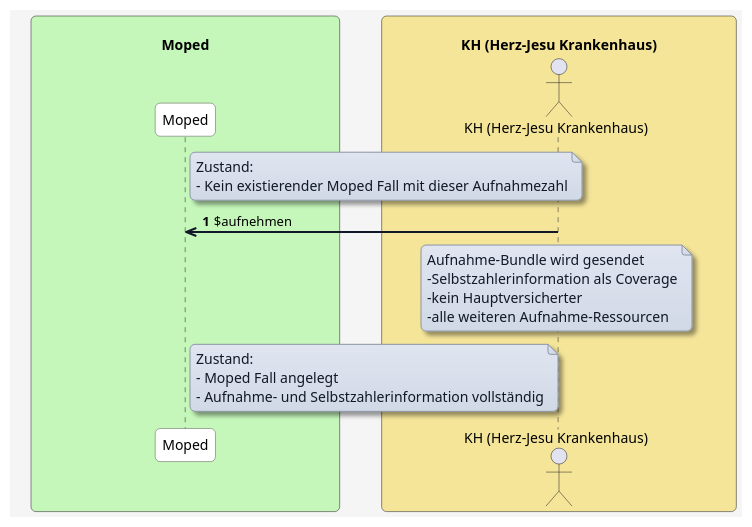
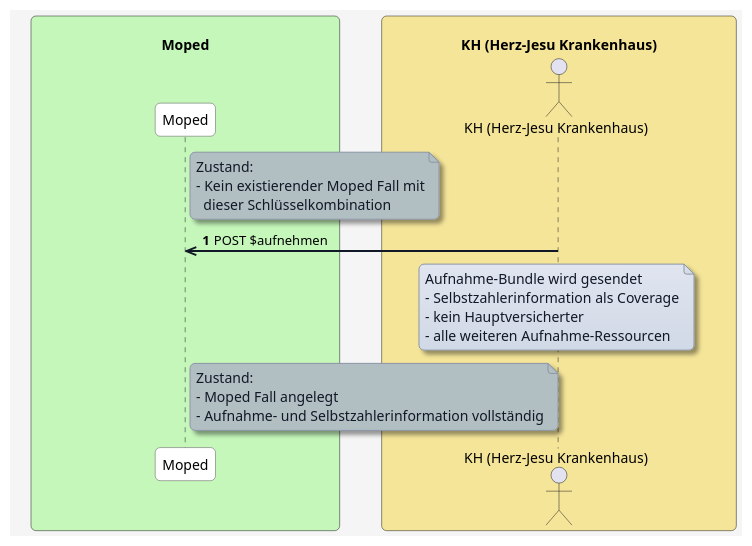
One commit to HL7Austria/ELGA-MOPED-R5 changed the diagram in input/images-source/aufnehmen-selbstzahler.plantuml. Above: the diagram before and after it, drawn with PlantUML. The commit also changed 9 other files, not shown here.

```diff
--- a/input/images-source/aufnehmen-selbstzahler.plantuml
+++ b/input/images-source/aufnehmen-selbstzahler.plantuml
@@ -1,68 +1,74 @@
 @startuml
 skinparam borderColor #000000
 skinparam backgroundColor #f5f5f5
 skinparam shadowing false
 skinparam roundCorner 10
 skinparam defaultFontName "Arial"
 skinparam defaultFontSize 14
 skinparam defaultFontColor #000000
 
 skinparam note {
   BackgroundColor #e0e5f0-#d1d9e6
   BorderColor #8b95a5
   BorderThickness 1
   RoundCorner 8
   Padding 6
   FontColor #111827
   Shadowing true
 }
 
 skinparam HyperlinkColor #0000EE
 skinparam HyperlinkUnderline false
 
 skinparam sequence {
   ParticipantBorderColor #555555
   ParticipantBackgroundColor #ffffff
   ParticipantFontColor #000000
   ParticipantFontSize 14
   ParticipantPadding 20
   ArrowColor #111827
   ArrowThickness 2
   ArrowFontColor #000000
   ArrowFontSize 13
   GroupBorderColor #111827
   GroupBackgroundColor #f3f4f6
   GroupBorderThickness 1
 }
 
 skinparam BoxPadding 20
 skinparam BoxBorderColor #555555
 
 box "\n                                   Moped                                   " #c5f7ba
   participant MP as "Moped"
 end box
 
 box "\n                     KH (Herz-Jesu Krankenhaus)                     " #f5e599
   actor KH as "KH (Herz-Jesu Krankenhaus)"
 end box
 
 
 autonumber
 
 autonumber
 
-note right of MP
+note right of MP #b2bfc2
 Zustand:
-- Kein existierender Moped Fall mit dieser Aufnahmezahl
+- Kein existierender Moped Fall mit
+  dieser Schlüsselkombination
 end note
 
-KH ->> MP: $aufnehmen
-Note over KH: Aufnahme-Bundle wird gesendet\n-Selbstzahlerinformation als Coverage\n-kein Hauptversicherter\n-alle weiteren Aufnahme-Ressourcen
+KH ->> MP: POST $aufnehmen
+note over KH
+Aufnahme-Bundle wird gesendet
+- Selbstzahlerinformation als Coverage
+- kein Hauptversicherter
+- alle weiteren Aufnahme-Ressourcen
+end note
 
-note right of MP
+note right of MP #b2bfc2
 Zustand:
 - Moped Fall angelegt
 - Aufnahme- und Selbstzahlerinformation vollständig
 end note
 
 @enduml
```
